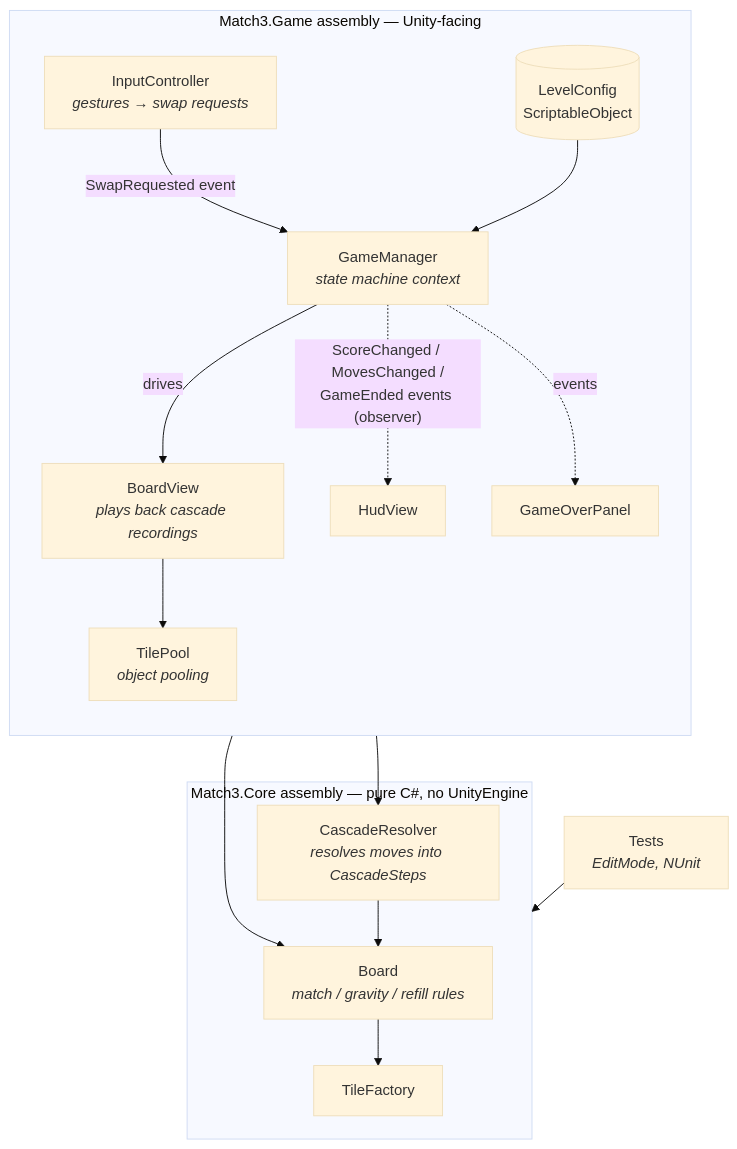
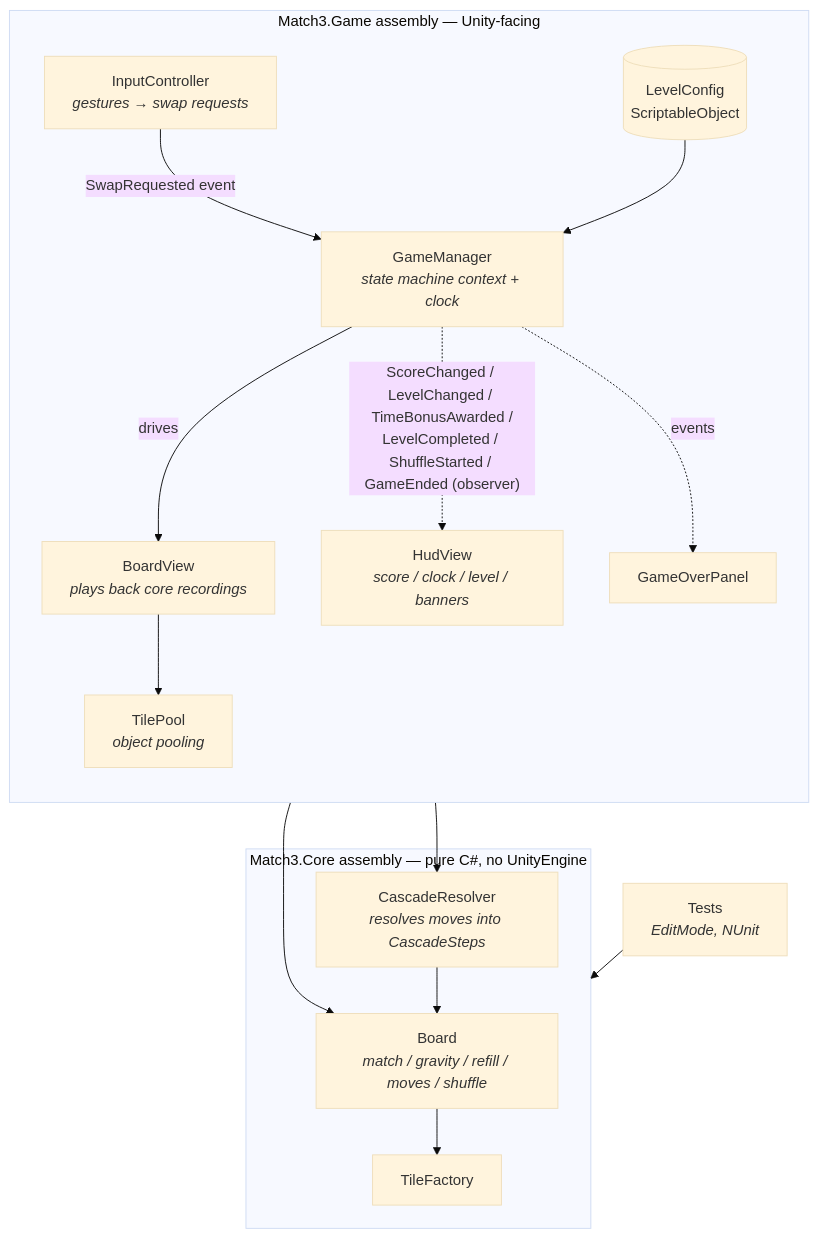
One commit to thefcan/unity-match3 changed the first of 2 diagrams in README.md. Above: the diagram before and after it, drawn with Mermaid (base theme). The commit also changed other lines of this file and 1 other file, not shown here.

First line of the commit message:
docs: rewrite README/SETUP for the time-attack game

````diff
--- a/README.md
+++ b/README.md
@@ -27,30 +44,30 @@
 ```mermaid
 graph TB
     subgraph view ["Match3.Game assembly — Unity-facing"]
         direction TB
         IC[InputController<br/><i>gestures → swap requests</i>]
-        BV[BoardView<br/><i>plays back cascade recordings</i>]
+        BV[BoardView<br/><i>plays back core recordings</i>]
         TP[TilePool<br/><i>object pooling</i>]
-        HUD[HudView] 
+        HUD[HudView<br/><i>score / clock / level / banners</i>]
         GOP[GameOverPanel]
-        GM[GameManager<br/><i>state machine context</i>]
+        GM[GameManager<br/><i>state machine context + clock</i>]
         LC[(LevelConfig<br/>ScriptableObject)]
     end
     subgraph core ["Match3.Core assembly — pure C#, no UnityEngine"]
-        B[Board<br/><i>match / gravity / refill rules</i>]
+        B[Board<br/><i>match / gravity / refill / moves / shuffle</i>]
         CR[CascadeResolver<br/><i>resolves moves into CascadeSteps</i>]
         TF[TileFactory]
     end
     T[Tests<br/><i>EditMode, NUnit</i>]
 
     IC -- "SwapRequested event" --> GM
     GM -- drives --> BV
     BV --> TP
-    GM -. "ScoreChanged / MovesChanged /<br/>GameEnded events (observer)" .-> HUD
+    GM -. "ScoreChanged / LevelChanged / TimeBonusAwarded /<br/>LevelCompleted / ShuffleStarted / GameEnded (observer)" .-> HUD
     GM -. events .-> GOP
     LC --> GM
     GM --> B & CR
     CR --> B
     B --> TF
     T --> core
 ```
````
